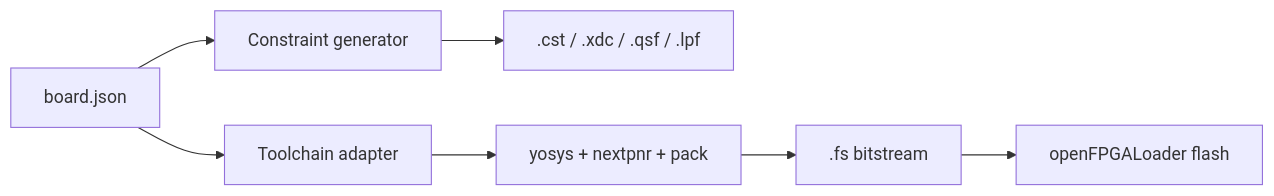
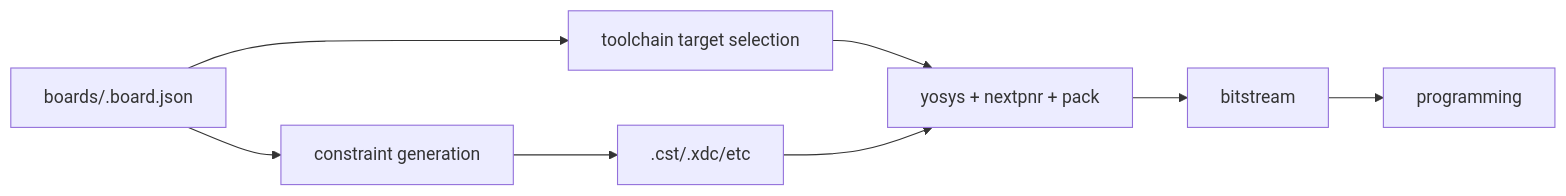
The diagram in docs/guides/board-definition-authoring.md (thecharge/sndv-hdl), drawn with Mermaid before and after one commit. The commit also changed other lines of this file and 25 other files, not shown here.

````diff
--- a/docs/guides/board-definition-authoring.md
+++ b/docs/guides/board-definition-authoring.md
@@ -14,9 +14,10 @@
 ```mermaid
 flowchart LR
-  A[board.json] --> B[Constraint generator]
-  A --> C[Toolchain adapter]
-  B --> D[.cst / .xdc / .qsf / .lpf]
+  A[boards/<name>.board.json] --> B[constraint generation]
+  A --> C[toolchain target selection]
+  B --> D[.cst/.xdc/etc]
   C --> E[yosys + nextpnr + pack]
-  E --> F[.fs bitstream]
-  F --> G[openFPGALoader flash]
+  D --> E
+  E --> F[bitstream]
+  F --> G[programming]
 ```
````
